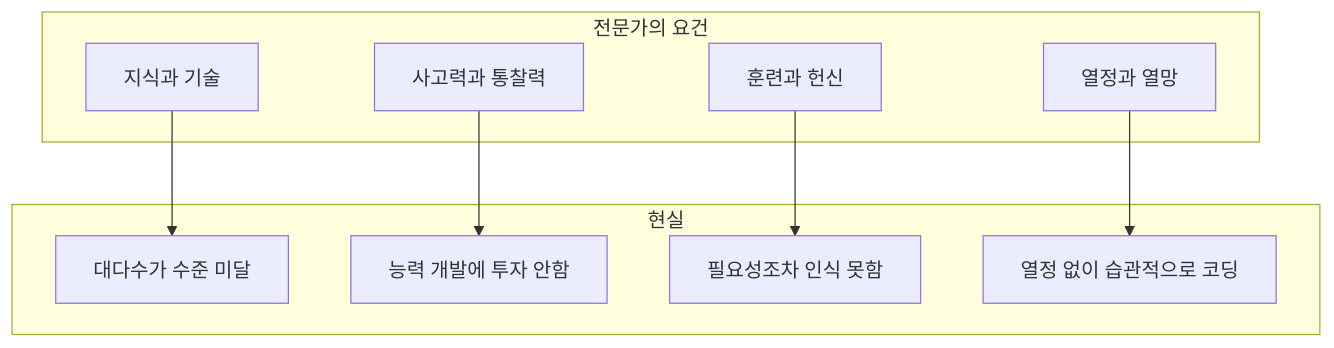
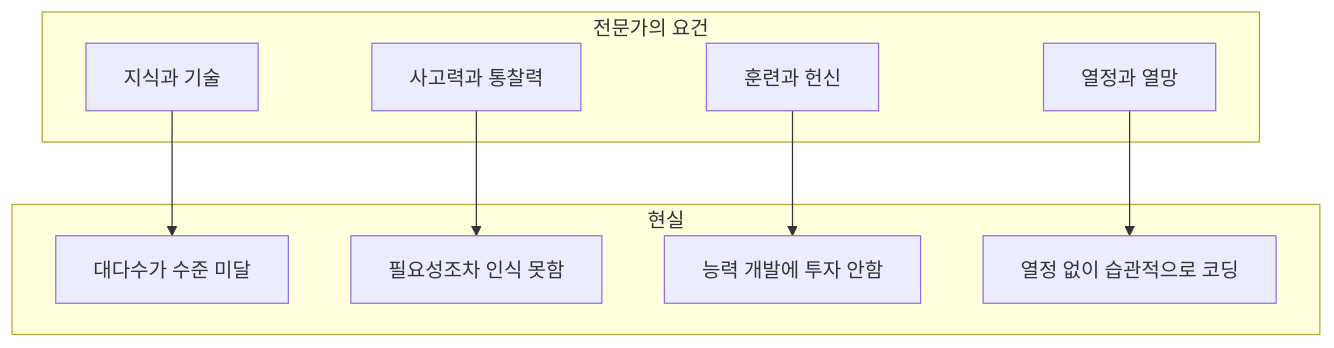
One commit to 42jerrykim/42jerrykim.github.io changed the second of 5 diagrams in content/collection/cleanarchitecture/06-introduction-software-design-architecture/index.md. Above: the diagram before and after it, drawn with Mermaid. The commit also changed other lines of this file, not shown here.

First line of the commit message:
fix: 06장 통과 후 잔여 결함 정리 (다이어그램-본문 매핑, 챕터 번호 표기)

````diff
--- a/content/collection/cleanarchitecture/06-introduction-software-design-architecture/index.md
+++ b/content/collection/cleanarchitecture/06-introduction-software-design-architecture/index.md
@@ -93,21 +93,21 @@
 ```mermaid
 flowchart TB
     subgraph Requirements [전문가의 요건]
         K[지식과 기술]
         T[사고력과 통찰력]
         D[훈련과 헌신]
         P[열정과 열망]
     end
     
     subgraph Reality [현실]
         R1[대다수가 수준 미달]
-        R2[능력 개발에 투자 안함]
-        R3[필요성조차 인식 못함]
+        R2[필요성조차 인식 못함]
+        R3[능력 개발에 투자 안함]
         R4[열정 없이 습관적으로 코딩]
     end
     
     K --> R1
     T --> R2
     D --> R3
     P --> R4
 ```
````
